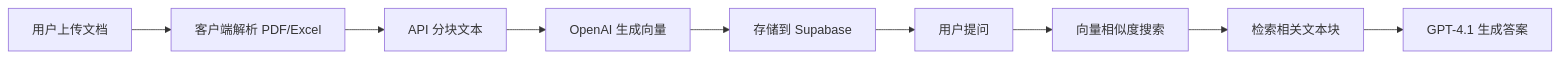
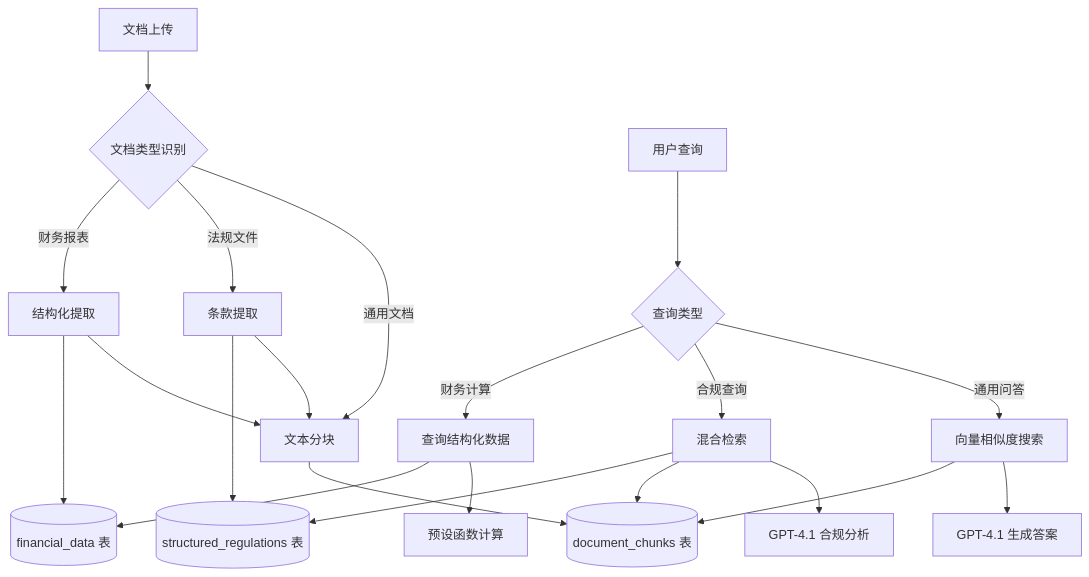
Before and after one commit to antelacus/project-goodman: the diagram in README.md, drawn with Mermaid. The commit also changed other lines of this file and 54 other files, not shown here.

````diff
--- a/README.md
+++ b/README.md
@@ -141,11 +104,28 @@
 ```mermaid
-graph LR
-  A[用户上传文档] --> B[客户端解析 PDF/Excel]
-  B --> C[API 分块文本]
-  C --> D[OpenAI 生成向量]
-  D --> E[存储到 Supabase]
-  E --> F[用户提问]
-  F --> G[向量相似度搜索]
-  G --> H[检索相关文本块]
-  H --> I[GPT-4.1 生成答案]
+graph TB
+  A[文档上传] --> B{文档类型识别}
+  B -->|财务报表| C[结构化提取]
+  B -->|法规文件| D[条款提取]
+  B -->|通用文档| E[文本分块]
+
+  C --> F[(financial_data 表)]
+  D --> G[(structured_regulations 表)]
+  E --> H[(document_chunks 表)]
+
+  C --> E
+  D --> E
+
+  I[用户查询] --> J{查询类型}
+  J -->|财务计算| K[查询结构化数据]
+  J -->|合规查询| L[混合检索]
+  J -->|通用问答| M[向量相似度搜索]
+
+  K --> F
+  L --> G
+  L --> H
+  M --> H
+
+  K --> N[预设函数计算]
+  L --> O[GPT-4.1 合规分析]
+  M --> P[GPT-4.1 生成答案]
 ```
````
